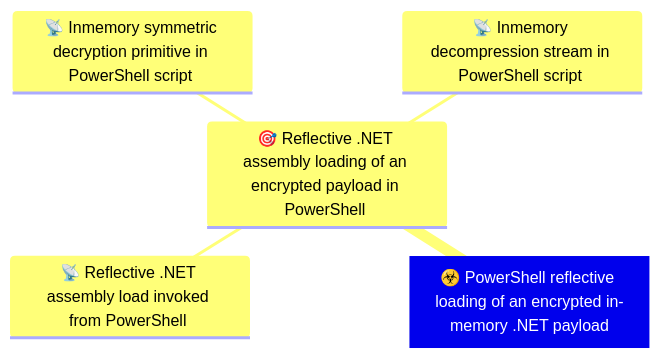
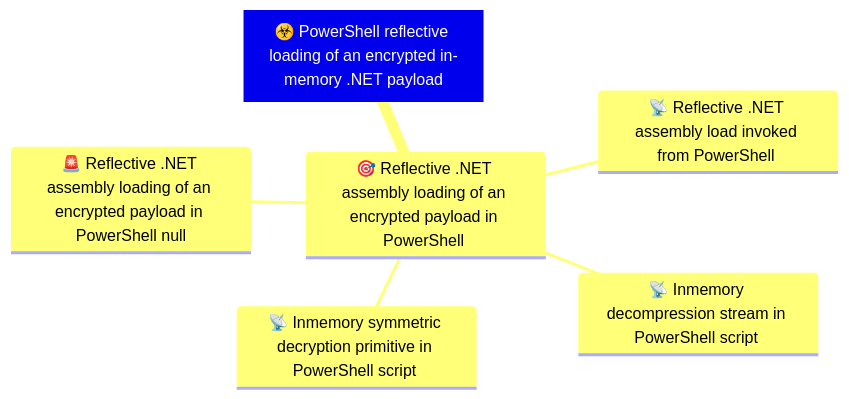
Before and after one commit to nicolarc96/WikiTide: the diagram in Models/Threat Vectors/☣️ PowerShell reflective loading of an encrypted in-memory .NET payload.md, drawn with Mermaid. The commit also changed other lines of this file and 7 other files, not shown here.

````diff
--- a/Models/Threat Vectors/☣️ PowerShell reflective loading of an encrypted in-memory .NET payload.md
+++ b/Models/Threat Vectors/☣️ PowerShell reflective loading of an encrypted in-memory .NET payload.md
@@ -78,13 +78,14 @@
 ```mermaid
 
 mindmap
 Root[☣️ PowerShell reflective loading of an encrypted in-memory .NET payload]
     
       🎯 Reflective .NET assembly loading of an encrypted payload in PowerShell 
           📡 Reflective .NET assembly load invoked from PowerShell 
           📡 Inmemory symmetric decryption primitive in PowerShell script 
           📡 Inmemory decompression stream in PowerShell script 
+          🚨 Reflective .NET assembly loading of an encrypted payload in PowerShell null
     
 
 
 ```
````
